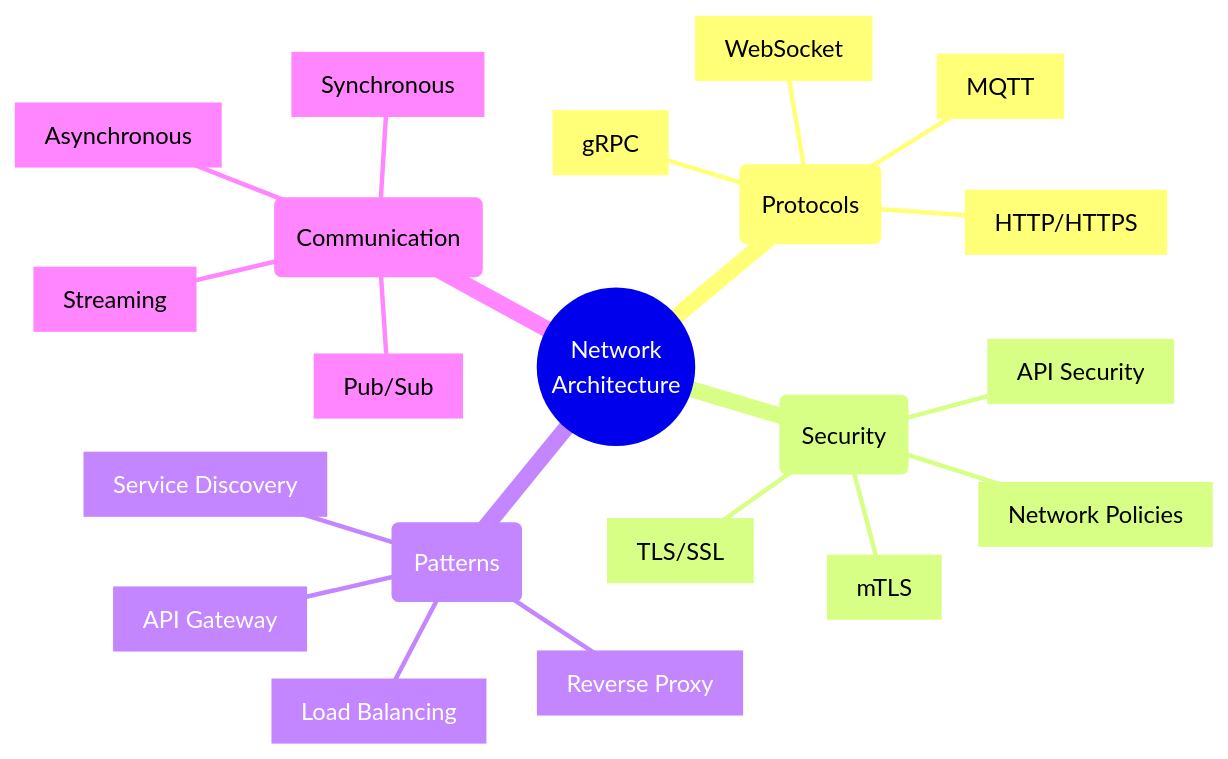
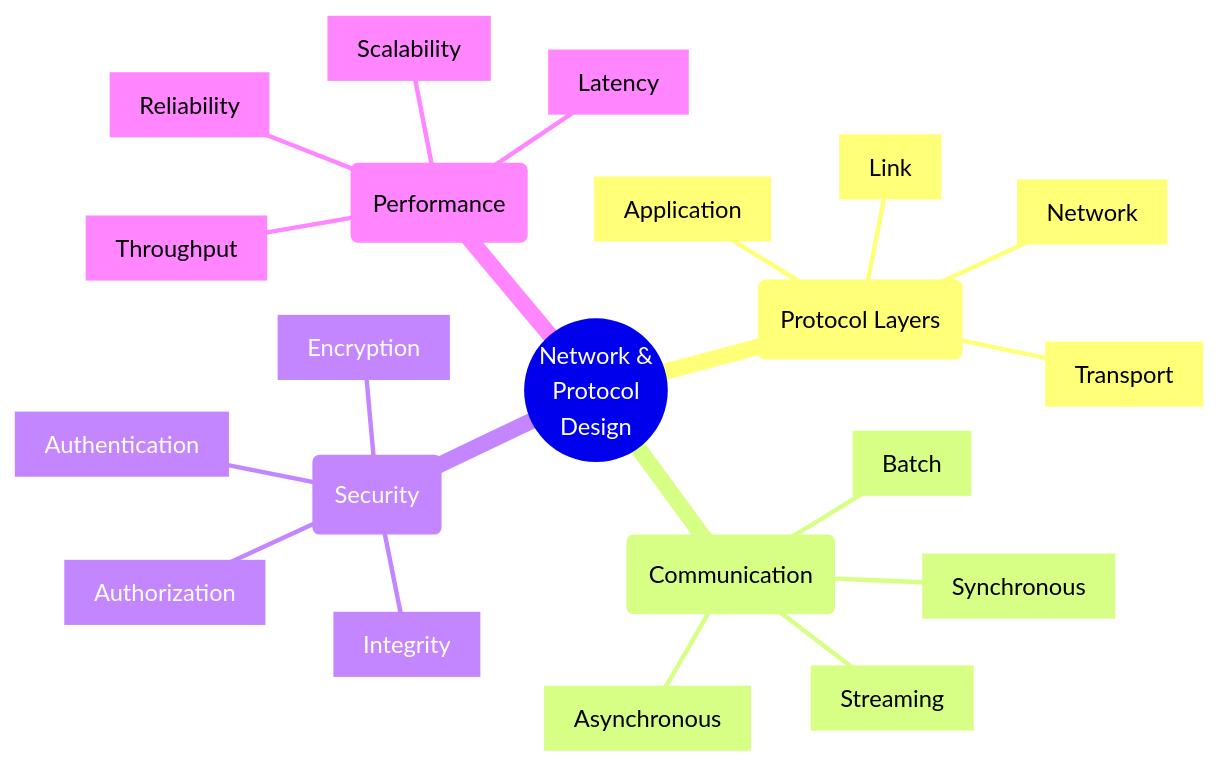
Before and after one commit to saravanakumarrc/Architecture_Journey: the first of 6 diagrams in src/Network_and_Protocol_Design.md, drawn with Mermaid. The commit also changed other lines of this file and 7 other files, not shown here.

First line of the commit message:
Refactor Trade-off Analysis documentation and enhance architecture governance models

````diff
--- a/src/Network_and_Protocol_Design.md
+++ b/src/Network_and_Protocol_Design.md
@@ -3,25 +3,26 @@
 ```mermaid
 mindmap
-    root((Network
-        Architecture))
-        (Protocols)
-            [HTTP/HTTPS]
-            [WebSocket]
-            [gRPC]
-            [MQTT]
-        (Security)
-            [TLS/SSL]
-            [mTLS]
-            [API Security]
-            [Network Policies]
-        (Patterns)
-            [Load Balancing]
-            [Service Discovery]
-            [API Gateway]
-            [Reverse Proxy]
+    root((Network &
+        Protocol
+        Design))
+        (Protocol Layers)
+            [Application]
+            [Transport]
+            [Network]
+            [Link]
         (Communication)
             [Synchronous]
             [Asynchronous]
             [Streaming]
-            [Pub/Sub]
+            [Batch]
+        (Security)
+            [Encryption]
+            [Authentication]
+            [Authorization]
+            [Integrity]
+        (Performance)
+            [Latency]
+            [Throughput]
+            [Reliability]
+            [Scalability]
 ```
````
